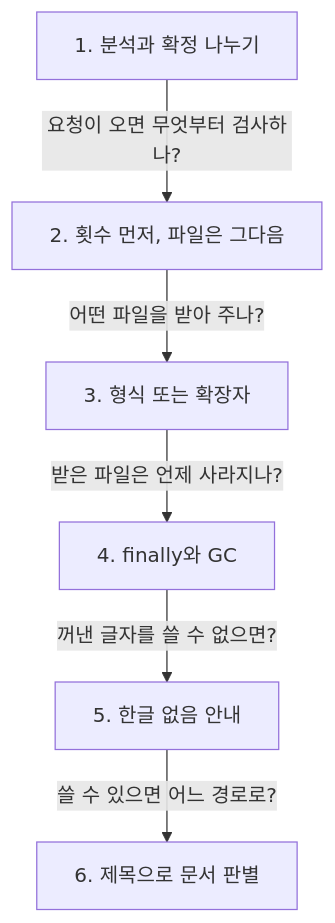
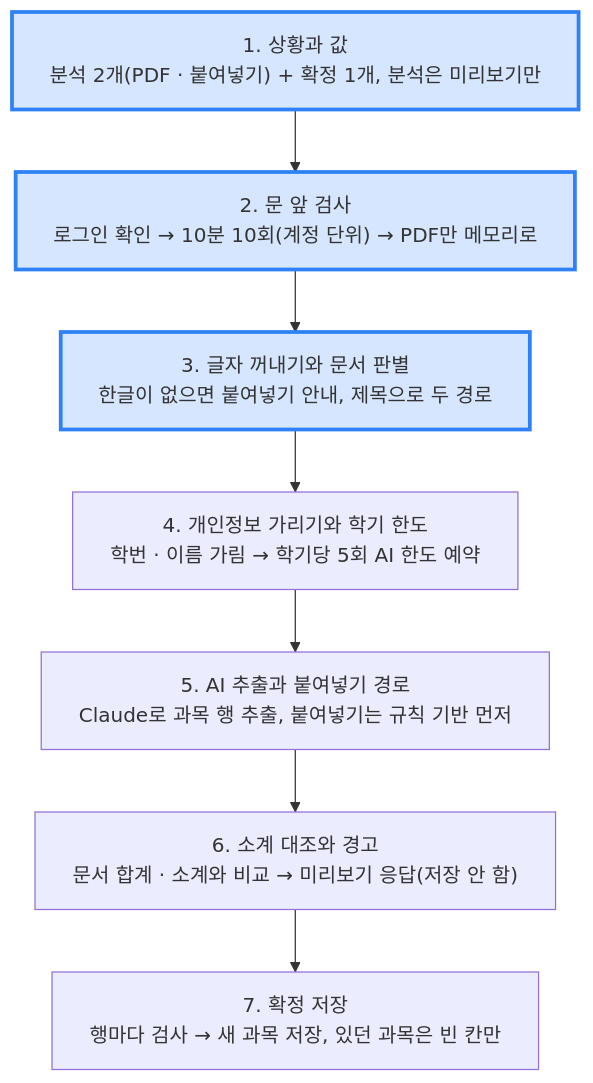
One commit to ChildrenAon/TIL changed the diagram in 2026/November/11-20.md. Above: the diagram before and after it, drawn with Mermaid. The commit also changed other lines of this file, not shown here.

Commit message:
[ONE Student] 성적 PDF 가져오기 분석 · 확정 나누기 · 문 앞 검사 · 문서 판별
고침: 학습 순서 흐름을 기능 전체 흐름 도식으로 바꿈

````diff
--- a/2026/November/11-20.md
+++ b/2026/November/11-20.md
@@ -15,9 +15,12 @@
 ```mermaid
 %%{init: {"flowchart": {"wrappingWidth": 600}, "themeCSS": ".edgeLabel div { display: table-cell !important; width: auto !important; max-width: none !important; white-space: nowrap !important; } .edgeLabel p { padding: 5px 12px !important; margin: 0 !important; background: #55555599; } .edgeLabel, .edgeLabel span, .edgeLabel .labelBkg { background: transparent !important; }"}}%%
 flowchart TD
-  A["1. 분석과 확정 나누기"] -->|"요청이 오면 무엇부터 검사하나?"| B["2. 횟수 먼저, 파일은 그다음"]
-  B -->|"어떤 파일을 받아 주나?"| C["3. 형식 또는 확장자"]
-  C -->|"받은 파일은 언제 사라지나?"| D["4. finally와 GC"]
-  D -->|"꺼낸 글자를 쓸 수 없으면?"| E["5. 한글 없음 안내"]
-  E -->|"쓸 수 있으면 어느 경로로?"| F["6. 제목으로 문서 판별"]
+  A["1. 상황과 값<br/>분석 2개(PDF · 붙여넣기) + 확정 1개, 분석은 미리보기만"] --> B["2. 문 앞 검사<br/>로그인 확인 → 10분 10회(계정 단위) → PDF만 메모리로"]
+  B --> C["3. 글자 꺼내기와 문서 판별<br/>한글이 없으면 붙여넣기 안내, 제목으로 두 경로"]
+  C --> D["4. 개인정보 가리기와 학기 한도<br/>학번 · 이름 가림 → 학기당 5회 AI 한도 예약"]
+  D --> E["5. AI 추출과 붙여넣기 경로<br/>Claude로 과목 행 추출, 붙여넣기는 규칙 기반 먼저"]
+  E --> F["6. 소계 대조와 경고<br/>문서 합계 · 소계와 비교 → 미리보기 응답(저장 안 함)"]
+  F --> G["7. 확정 저장<br/>행마다 검사 → 새 과목 저장, 있던 과목은 빈 칸만"]
+  classDef seen fill:#2f81f733,stroke:#2f81f7,stroke-width:3px
+  class A,B,C seen
 ```
````
